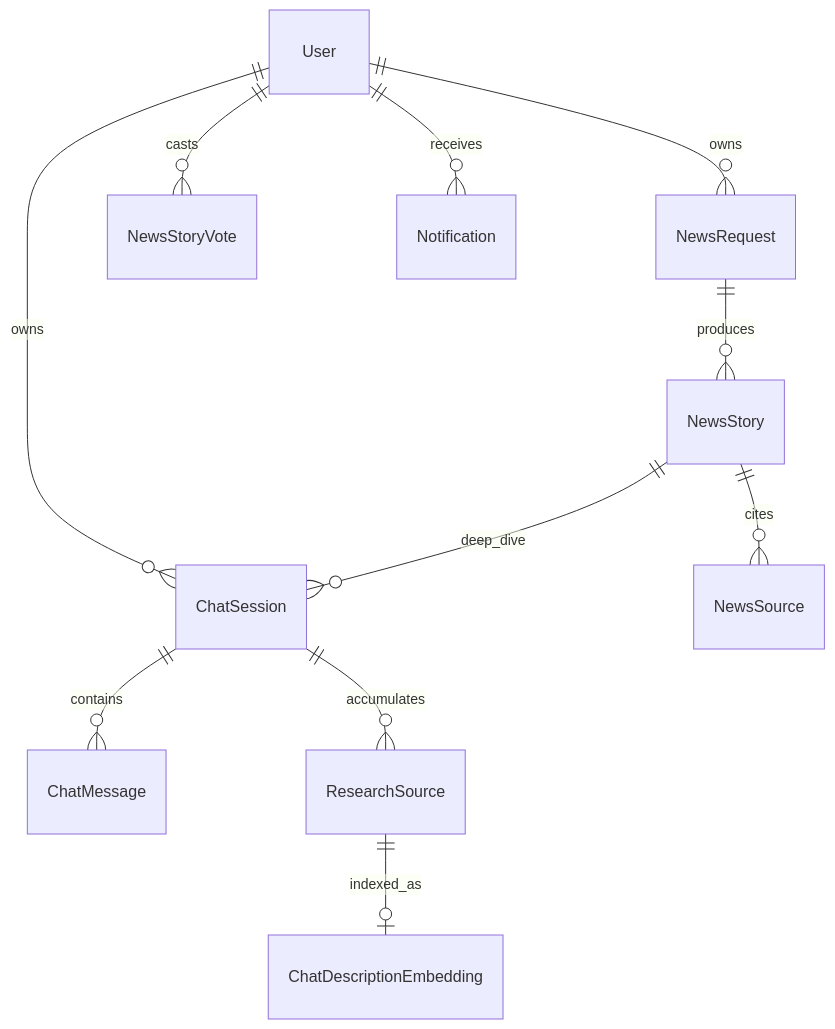
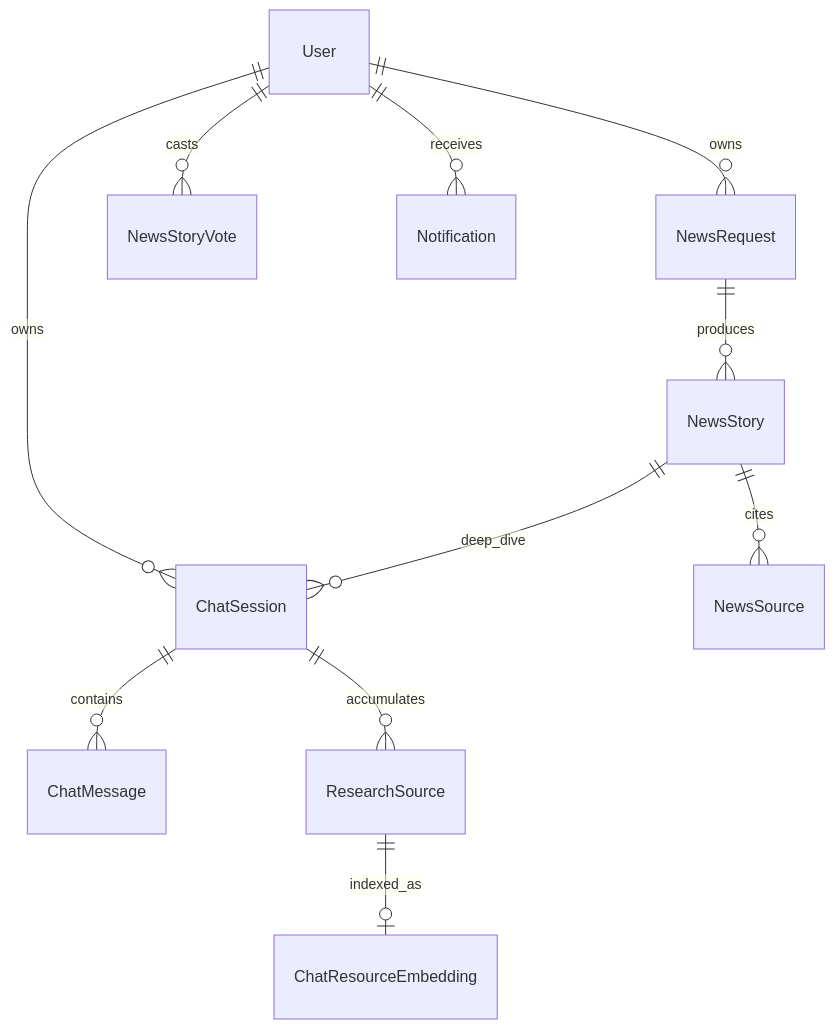
One commit to learner-enthusiast/Newsly changed the second of 3 diagrams in README.md. Above: the diagram before and after it, drawn with Mermaid. The commit also changed other lines of this file and 14 other files, not shown here.

````diff
--- a/README.md
+++ b/README.md
@@ -221,13 +221,13 @@
 ```mermaid
 erDiagram
   User ||--o{ NewsRequest : owns
   User ||--o{ ChatSession : owns
   User ||--o{ NewsStoryVote : casts
   NewsRequest ||--o{ NewsStory : produces
   NewsStory ||--o{ NewsSource : cites
   NewsStory ||--o{ ChatSession : deep_dive
   ChatSession ||--o{ ChatMessage : contains
   ChatSession ||--o{ ResearchSource : accumulates
-  ResearchSource ||--o| ChatDescriptionEmbedding : indexed_as
+  ResearchSource ||--o| ChatResourceEmbedding : indexed_as
   User ||--o{ Notification : receives
 ```
````
